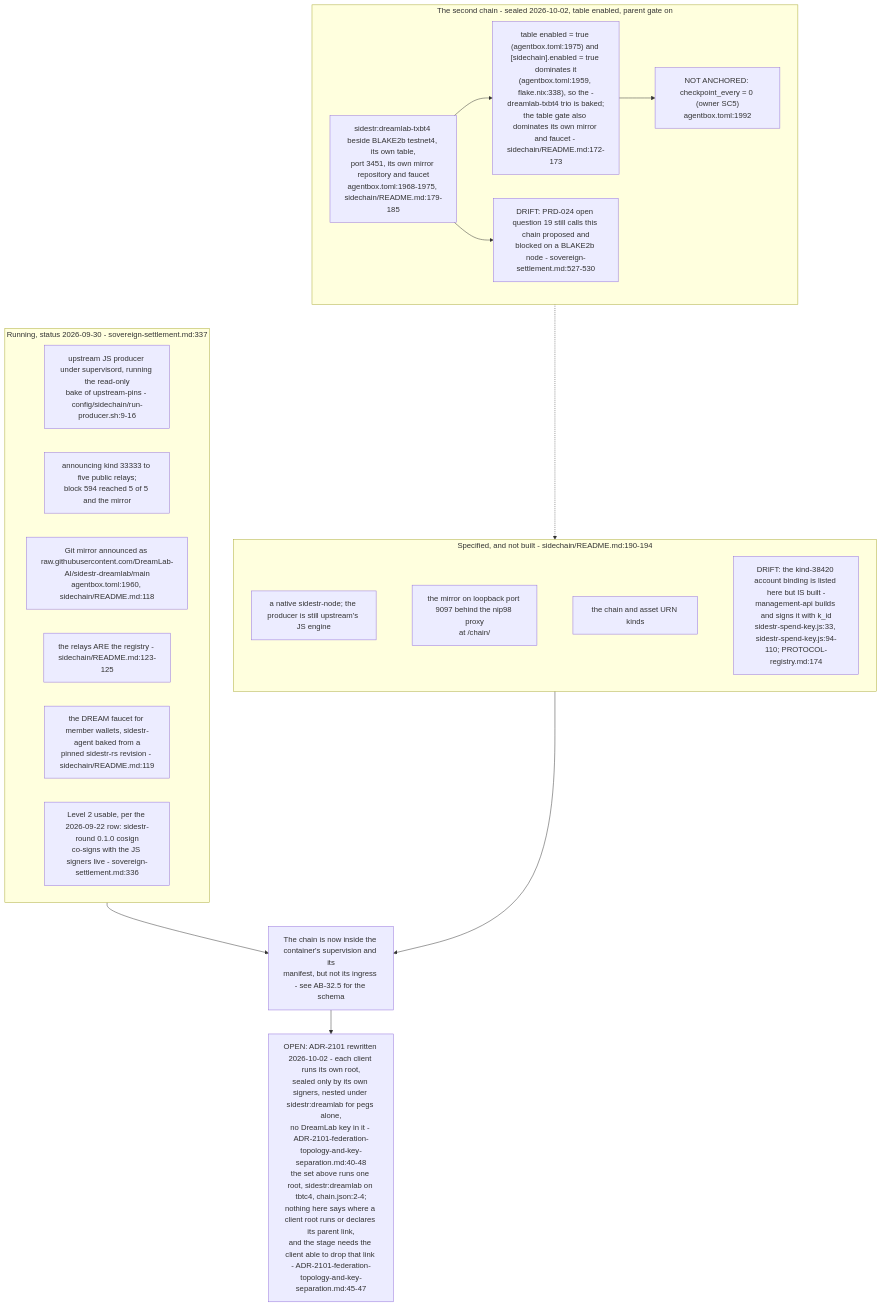
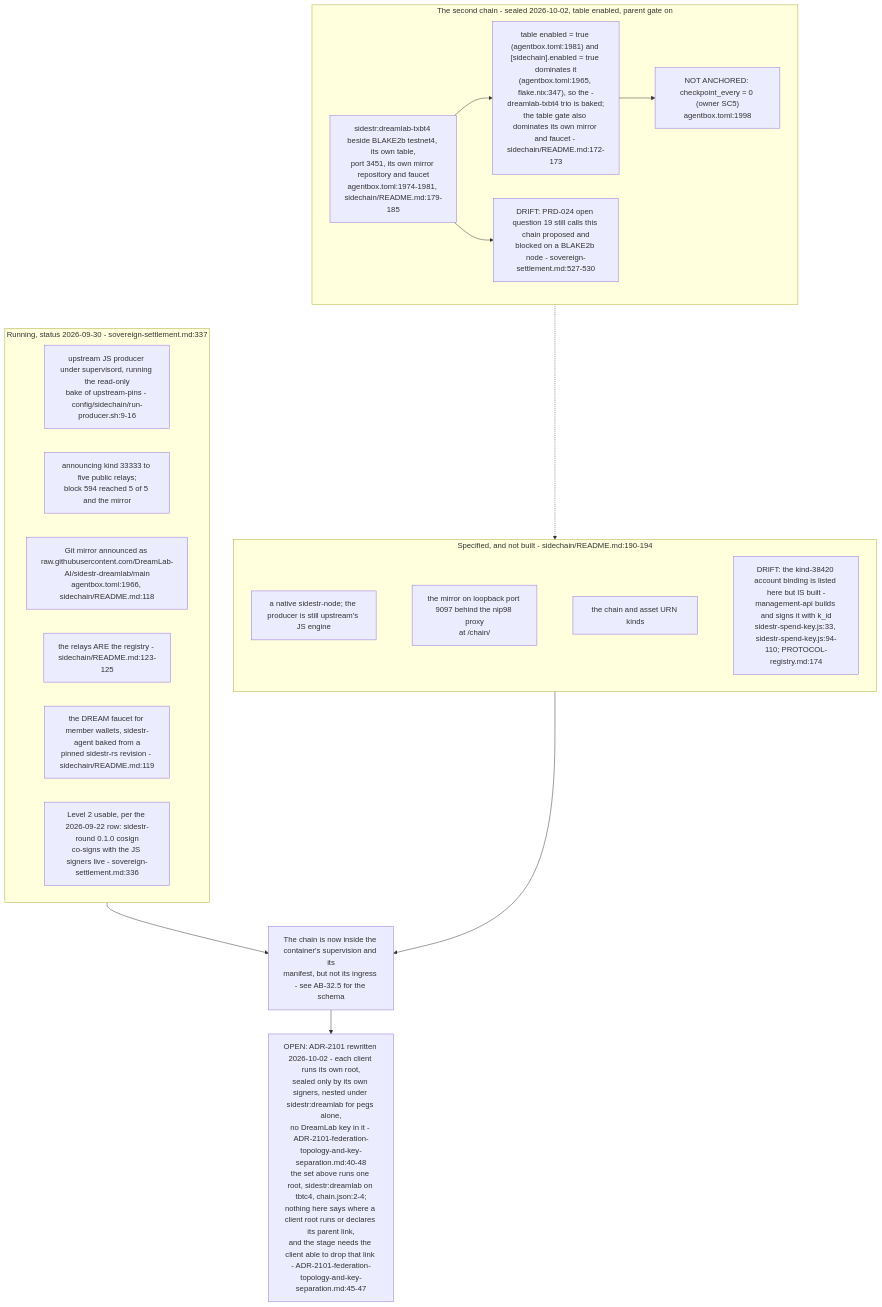
One commit to DreamLab-AI/VisionFlow changed the fifth of 6 diagrams in docs/diagrams/agentbox/34-sidestr-interim-producer-and-mirror.md. Above: the diagram before and after it, drawn with Mermaid. The commit also changed other lines of this file and 154 other files, not shown here.

First line of the commit message:
docs(diagrams): re-stamp 154 topics whose every citation still reads the same text at the current heads

````diff
--- a/docs/diagrams/agentbox/34-sidestr-interim-producer-and-mirror.md
+++ b/docs/diagrams/agentbox/34-sidestr-interim-producer-and-mirror.md
@@ -215,30 +215,30 @@
 ```mermaid
 flowchart TB
     subgraph now["Running, status 2026-09-30 - sovereign-settlement.md:337"]
         N1["upstream JS producer under supervisord, running the read-only<br/>bake of upstream-pins - config/sidechain/run-producer.sh:9-16"]
         N2["announcing kind 33333 to five public relays;<br/>block 594 reached 5 of 5 and the mirror"]
-        N3["Git mirror announced as raw.githubusercontent.com/DreamLab-AI/sidestr-dreamlab/main<br/>agentbox.toml:1960, sidechain/README.md:118"]
+        N3["Git mirror announced as raw.githubusercontent.com/DreamLab-AI/sidestr-dreamlab/main<br/>agentbox.toml:1966, sidechain/README.md:118"]
         N4["the relays ARE the registry - sidechain/README.md:123-125"]
         N5["the DREAM faucet for member wallets, sidestr-agent baked from a<br/>pinned sidestr-rs revision - sidechain/README.md:119"]
         N6["Level 2 usable, per the 2026-09-22 row: sidestr-round 0.1.0 cosign<br/>co-signs with the JS signers live - sovereign-settlement.md:336"]
     end
     subgraph spec["Specified, and not built - sidechain/README.md:190-194"]
         S2["a native sidestr-node; the producer is still upstream's JS engine"]
         S3["the mirror on loopback port 9097 behind the nip98 proxy<br/>at /chain/"]
         S4["the chain and asset URN kinds"]
         S5["DRIFT: the kind-38420 account binding is listed here but IS built -<br/>management-api builds and signs it with k_id<br/>sidestr-spend-key.js:33, sidestr-spend-key.js:94-110; PROTOCOL-registry.md:174"]
         S2 ~~~ S3 ~~~ S4 ~~~ S5
     end
     subgraph next["The second chain - sealed 2026-10-02, table enabled, parent gate on"]
-        X1["sidestr:dreamlab-txbt4 beside BLAKE2b testnet4, its own table,<br/>port 3451, its own mirror repository and faucet<br/>agentbox.toml:1968-1975, sidechain/README.md:179-185"]
-        X2["table enabled = true (agentbox.toml:1975) and [sidechain].enabled = true dominates it<br/>(agentbox.toml:1959, flake.nix:338), so the -dreamlab-txbt4 trio is baked;<br/>the table gate also dominates its own mirror and faucet - sidechain/README.md:172-173"]
-        X3["NOT ANCHORED: checkpoint_every = 0 (owner SC5)<br/>agentbox.toml:1992"]
+        X1["sidestr:dreamlab-txbt4 beside BLAKE2b testnet4, its own table,<br/>port 3451, its own mirror repository and faucet<br/>agentbox.toml:1974-1981, sidechain/README.md:179-185"]
+        X2["table enabled = true (agentbox.toml:1981) and [sidechain].enabled = true dominates it<br/>(agentbox.toml:1965, flake.nix:347), so the -dreamlab-txbt4 trio is baked;<br/>the table gate also dominates its own mirror and faucet - sidechain/README.md:172-173"]
+        X3["NOT ANCHORED: checkpoint_every = 0 (owner SC5)<br/>agentbox.toml:1998"]
         X4["DRIFT: PRD-024 open question 19 still calls this chain proposed and<br/>blocked on a BLAKE2b node - sovereign-settlement.md:527-530"]
         X1 --> X2 --> X3
         X1 --> X4
     end
     now --> GAP["The chain is now inside the container's supervision and its<br/>manifest, but not its ingress - see AB-32.5 for the schema"]
     spec --> GAP
     next -.-> spec
     GAP --> FED["OPEN: ADR-2101 rewritten 2026-10-02 - each client runs its own root,<br/>sealed only by its own signers, nested under sidestr:dreamlab for pegs alone,<br/>no DreamLab key in it - ADR-2101-federation-topology-and-key-separation.md:40-48<br/>the set above runs one root, sidestr:dreamlab on tbtc4, chain.json:2-4;<br/>nothing here says where a client root runs or declares its parent link,<br/>and the stage needs the client able to drop that link - ADR-2101-federation-topology-and-key-separation.md:45-47"]
 ```
````
